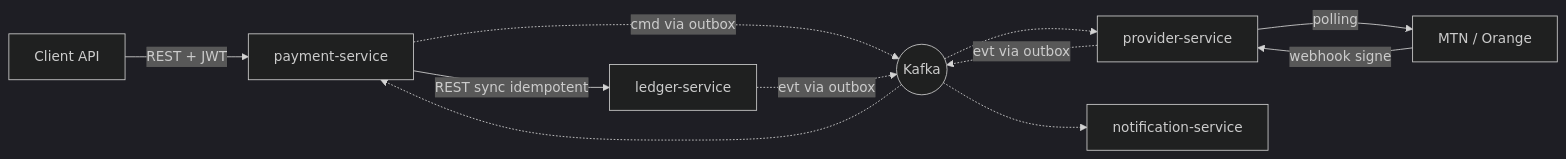
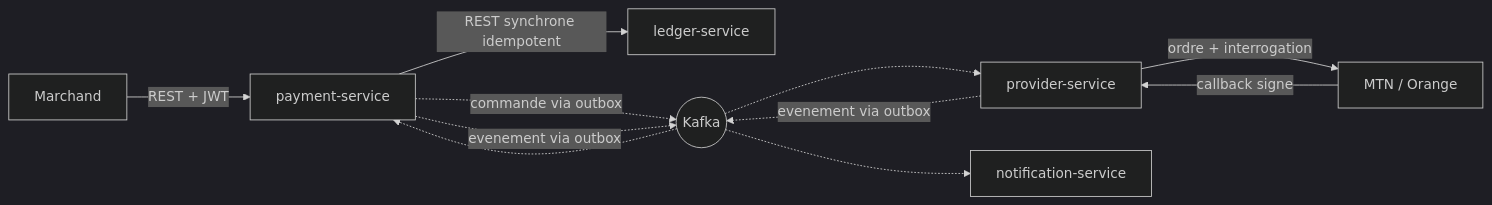
Before and after one commit to LANDRYJACQUES237/open-core-banking: the diagram in README.md, drawn with Mermaid (dark theme). The commit also changed other lines of this file and 3 other files, not shown here.

First line of the commit message:
Licence, diagrammes C4 et point d'entree : le depot decrit ce qu'il est

````diff
--- a/README.md
+++ b/README.md
@@ -50,14 +86,14 @@
 ```mermaid
 flowchart LR
-    C[Client API] -->|REST + JWT| P[payment-service]
-    OP[MTN / Orange] -->|webhook signe| PR[provider-service]
-    PR -->|polling| OP
+    M["Marchand"] -->|"REST + JWT"| P["payment-service"]
+    OP["MTN / Orange"] -->|"callback signe"| PR["provider-service"]
+    PR -->|"ordre + interrogation"| OP
 
-    P -->|REST sync idempotent| L[ledger-service]
-    P -.->|cmd via outbox| K((Kafka))
+    P -->|"REST synchrone idempotent"| L["ledger-service"]
+    P -.->|"commande via outbox"| K(("Kafka"))
     K -.-> PR
-    PR -.->|evt via outbox| K
+    PR -.->|"evenement via outbox"| K
     K -.-> P
-    K -.-> N[notification-service]
-    L -.->|evt via outbox| K
+    P -.->|"evenement via outbox"| K
+    K -.-> N["notification-service"]
 ```
````
